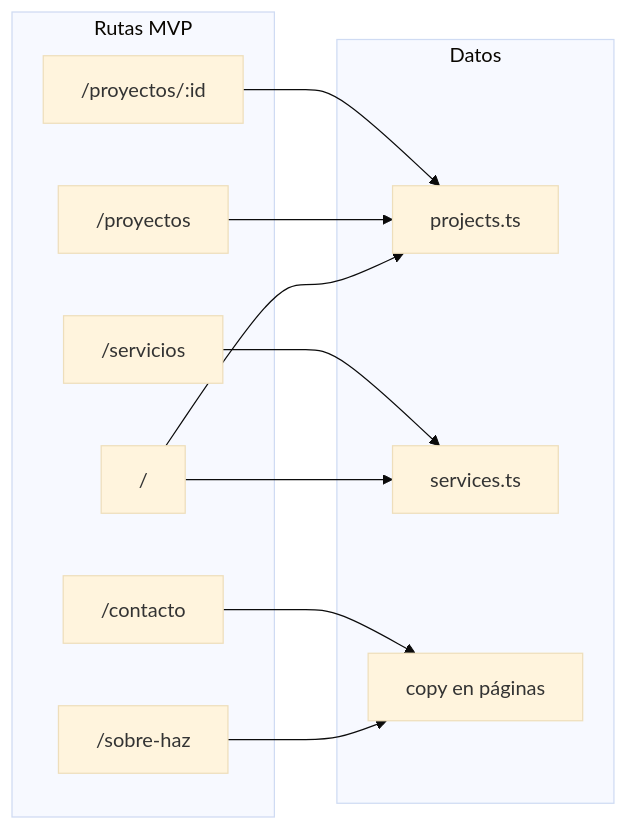
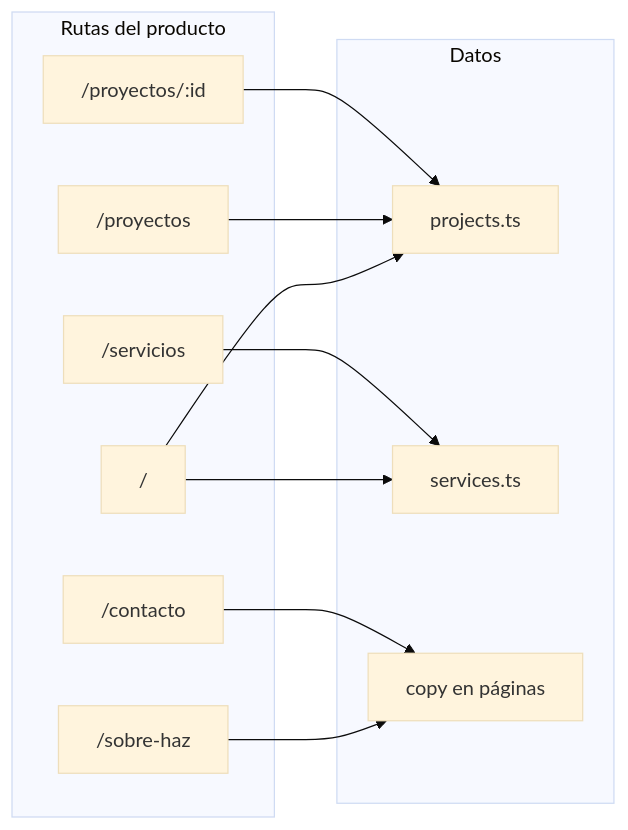
Before and after one commit to jazorro11/haz-design-build: the diagram in .cursor/docs/technical-brief-haz-arquitectura-v6.md, drawn with Mermaid (base theme). The commit also changed other lines of this file and 30 other files, not shown here.

````diff
--- a/.cursor/docs/technical-brief-haz-arquitectura-v6.md
+++ b/.cursor/docs/technical-brief-haz-arquitectura-v6.md
@@ -120,23 +131,23 @@
 ```mermaid
 flowchart LR
-  subgraph routes [Rutas MVP]
+  subgraph routes [Rutas del producto]
     home["/"]
     proj["/proyectos"]
     detail["/proyectos/:id"]
     serv["/servicios"]
     about["/sobre-haz"]
     contact["/contacto"]
   end
   subgraph data [Datos]
     projects["projects.ts"]
     services["services.ts"]
     pagesInline["copy en páginas"]
   end
   home --> projects
   home --> services
   proj --> projects
   detail --> projects
   serv --> services
   about --> pagesInline
   contact --> pagesInline
 ```
````
